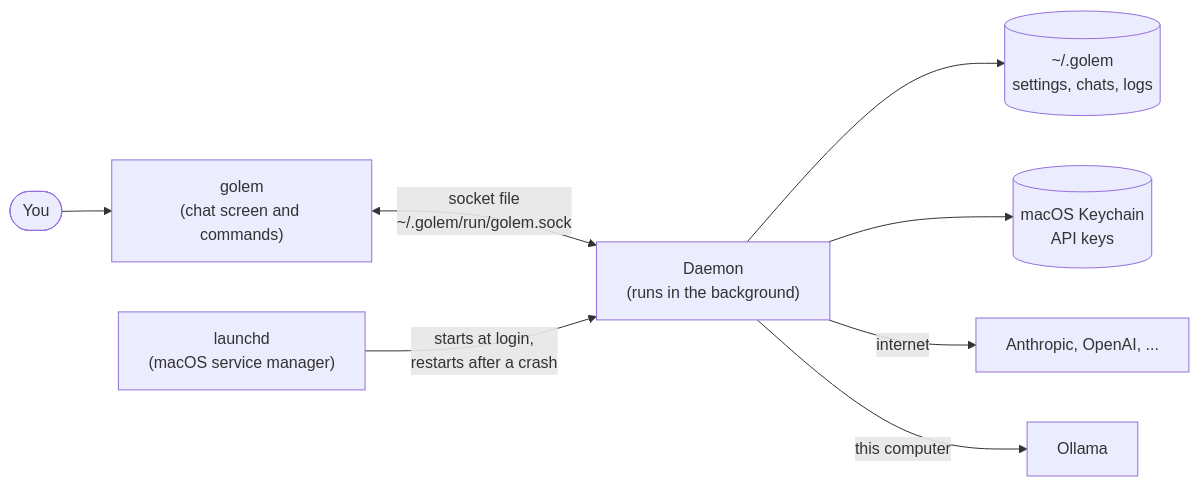
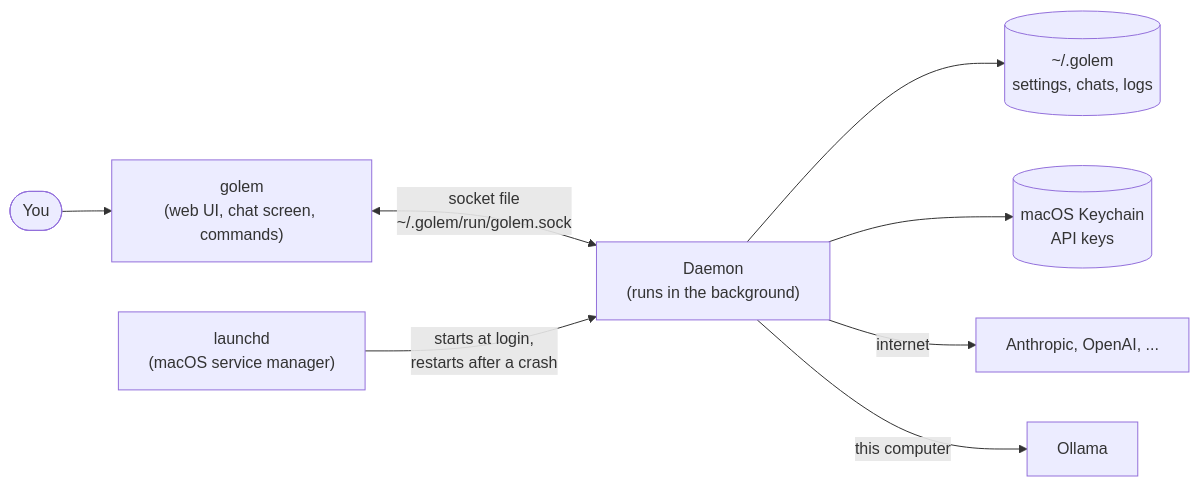
One commit to MilanPavel/golem changed the first of 8 diagrams in docs/ops/build.md. Above: the diagram before and after it, drawn with Mermaid. The commit also changed other lines of this file and 26 other files, not shown here.

Commit message:
docs: contributor and architecture docs say golem opens the web UI and golem tui the chat (#850)

````diff
--- a/docs/ops/build.md
+++ b/docs/ops/build.md
@@ -23,10 +23,10 @@
 ```mermaid
 flowchart LR
-  you([You]) --> golem["golem<br/>(chat screen and commands)"]
+  you([You]) --> golem["golem<br/>(web UI, chat screen, commands)"]
   golem <-->|"socket file<br/>~/.golem/run/golem.sock"| daemon["Daemon<br/>(runs in the background)"]
   launchd["launchd<br/>(macOS service manager)"] -->|"starts at login,<br/>restarts after a crash"| daemon
   daemon --> data[("~/.golem<br/>settings, chats, logs")]
   daemon --> keychain[("macOS Keychain<br/>API keys")]
   daemon -->|internet| cloud["Anthropic, OpenAI, ..."]
   daemon -->|this computer| local["Ollama"]
 ```
````
